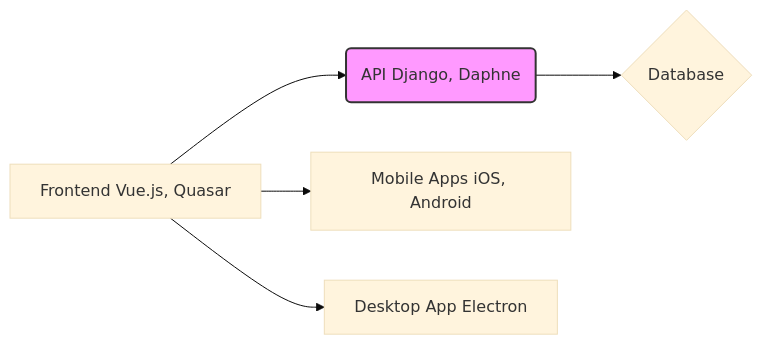
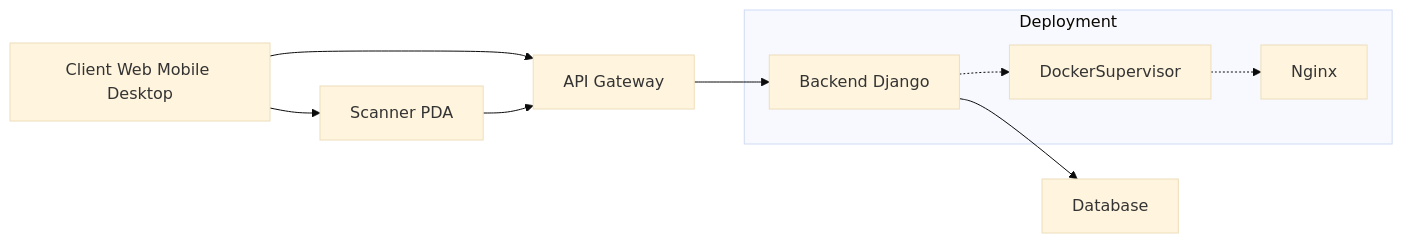
Before and after one commit to HimansuSaha/GreaterWMS: the diagram in docs/design/high-level-design.md, drawn with Mermaid (base theme). The commit also changed other lines of this file and 4 other files, not shown here.

````diff
--- a/docs/design/high-level-design.md
+++ b/docs/design/high-level-design.md
@@ -19,8 +9,12 @@
 ```mermaid
 graph LR
-    A[Frontend Vue.js, Quasar] --> B(API Django, Daphne);
-    B --> C{Database};
-    A --> D[Mobile Apps iOS, Android];
-    A --> E[Desktop App Electron];
-    style B fill:#f9f,stroke:#333,stroke-width:2px
+    A[Client Web Mobile Desktop] --> B[API Gateway];
+    B --> C[Backend Django];
+    C --> D[Database];
+    A --> E[Scanner PDA];
+    E --> B;
+    subgraph "Deployment"
+        C -.-> F[DockerSupervisor];
+        F -.-> G[Nginx];
+    end
 ```
````
